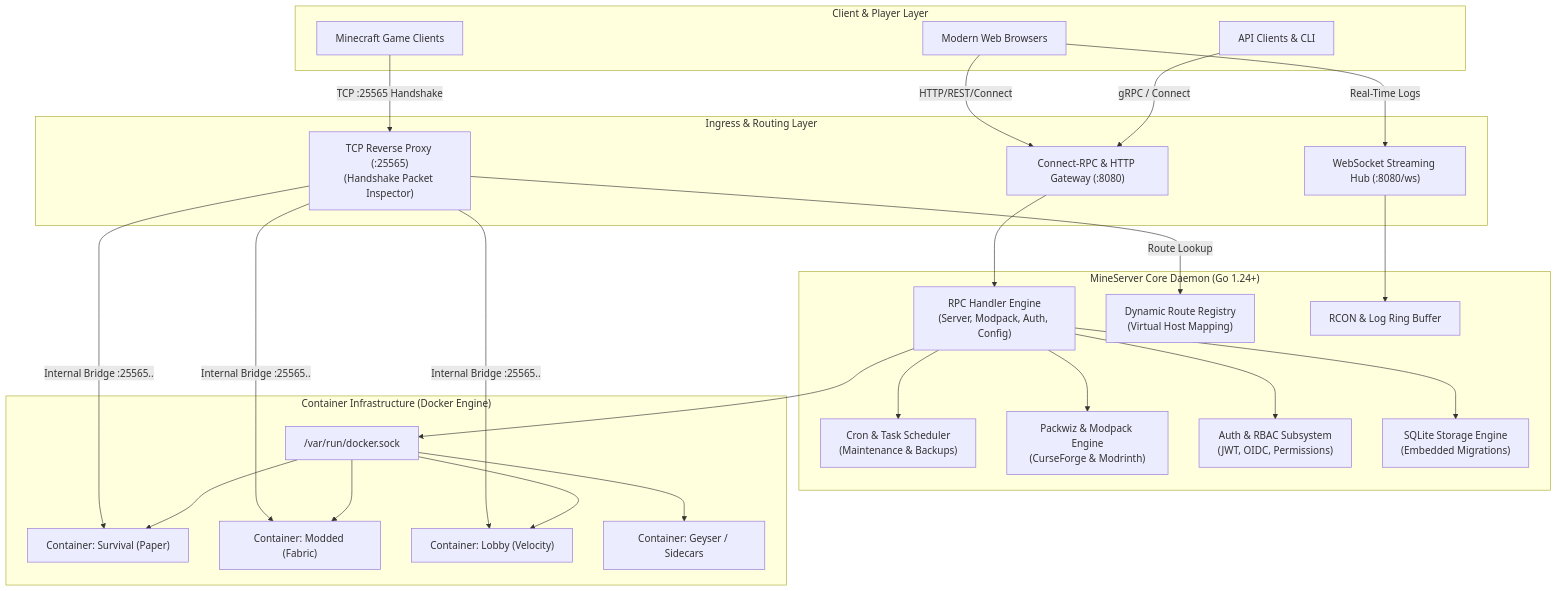
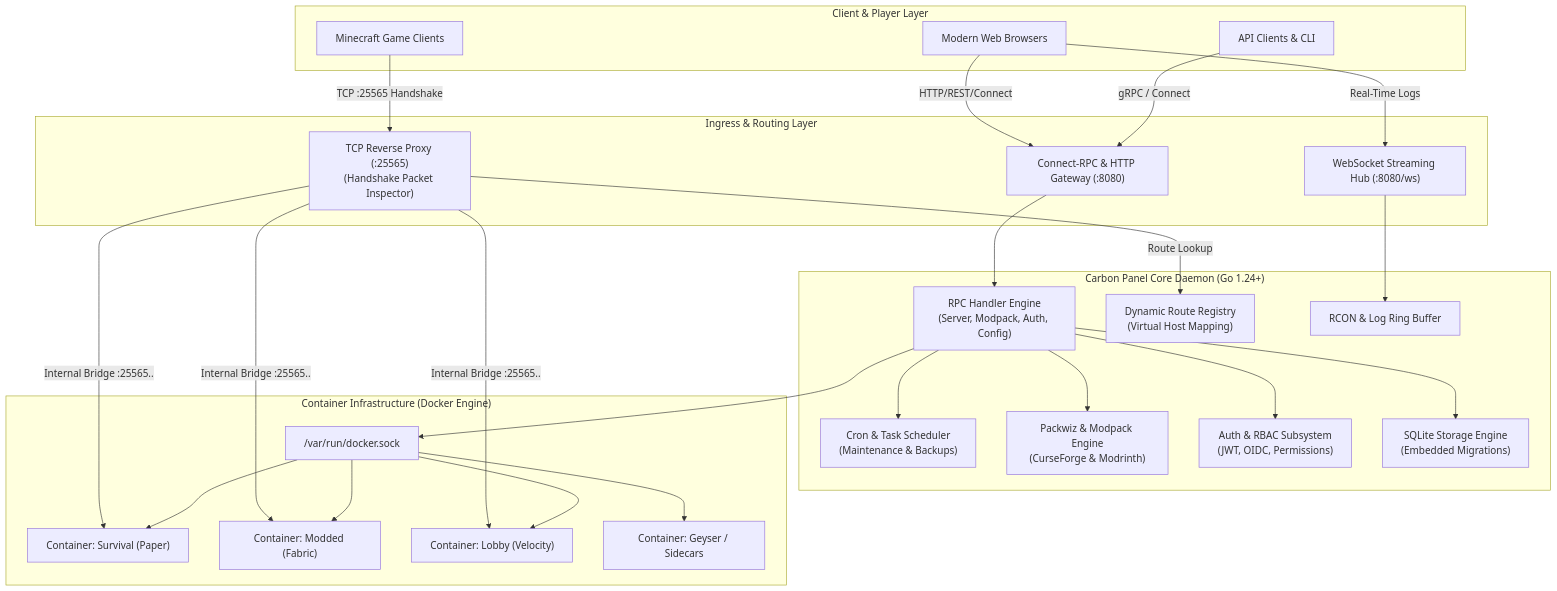
The first of 5 diagrams in DESIGN.md (athNdev/carbon-panel), drawn with Mermaid before and after one commit. The commit also changed other lines of this file and 806 other files, not shown here.

First line of the commit message:
rebrand: MineServer -> Carbon Panel

````diff
--- a/DESIGN.md
+++ b/DESIGN.md
@@ -28,56 +28,56 @@
 ```mermaid
 flowchart TB
     subgraph ClientLayer ["Client & Player Layer"]
         MC["Minecraft Game Clients"]
         Browser["Modern Web Browsers"]
         CLI["API Clients & CLI"]
     end
 
     subgraph IngressLayer ["Ingress & Routing Layer"]
         Proxy["TCP Reverse Proxy (:25565)\n(Handshake Packet Inspector)"]
         WebGateway["Connect-RPC & HTTP Gateway (:8080)"]
         WSHub["WebSocket Streaming Hub (:8080/ws)"]
     end
 
-    subgraph DaemonLayer ["MineServer Core Daemon (Go 1.24+)"]
+    subgraph DaemonLayer ["Carbon Panel Core Daemon (Go 1.24+)"]
         RPC["RPC Handler Engine\n(Server, Modpack, Auth, Config)"]
         Router["Dynamic Route Registry\n(Virtual Host Mapping)"]
         Scheduler["Cron & Task Scheduler\n(Maintenance & Backups)"]
         PackwizMgr["Packwiz & Modpack Engine\n(CurseForge & Modrinth)"]
         RCONMgr["RCON & Log Ring Buffer"]
         AuthRBAC["Auth & RBAC Subsystem\n(JWT, OIDC, Permissions)"]
         DB["SQLite Storage Engine\n(Embedded Migrations)"]
     end
 
     subgraph ContainerLayer ["Container Infrastructure (Docker Engine)"]
         Sock["/var/run/docker.sock"]
         C1["Container: Survival (Paper)"]
         C2["Container: Modded (Fabric)"]
         C3["Container: Lobby (Velocity)"]
         Sidecars["Container: Geyser / Sidecars"]
     end
 
     MC -->|TCP :25565 Handshake| Proxy
     Browser -->|HTTP/REST/Connect| WebGateway
     Browser -->|Real-Time Logs| WSHub
     CLI -->|gRPC / Connect| WebGateway
 
     Proxy -->|Route Lookup| Router
     Proxy -->|Internal Bridge :25565..| C1
     Proxy -->|Internal Bridge :25565..| C2
     Proxy -->|Internal Bridge :25565..| C3
 
     WebGateway --> RPC
     WSHub --> RCONMgr
 
     RPC --> AuthRBAC
     RPC --> DB
     RPC --> PackwizMgr
     RPC --> Scheduler
     RPC --> Sock
 
     Sock --> C1
     Sock --> C2
     Sock --> C3
     Sock --> Sidecars
 ```
````
